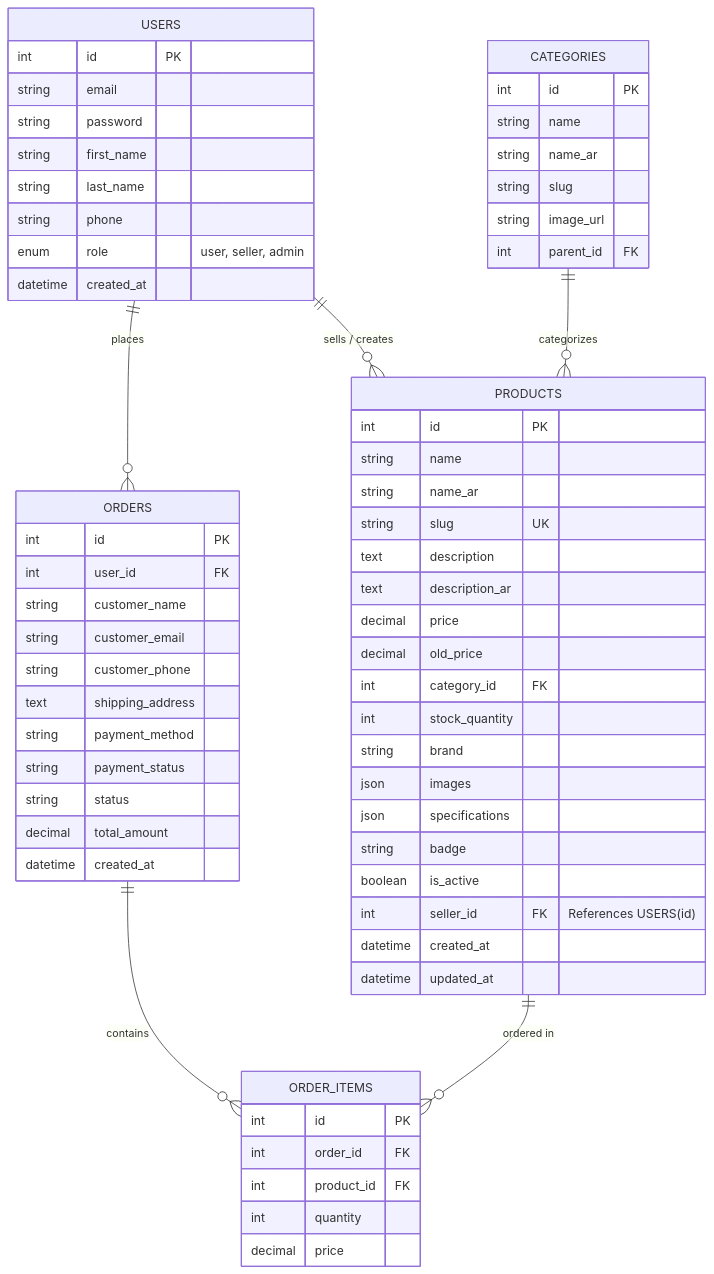
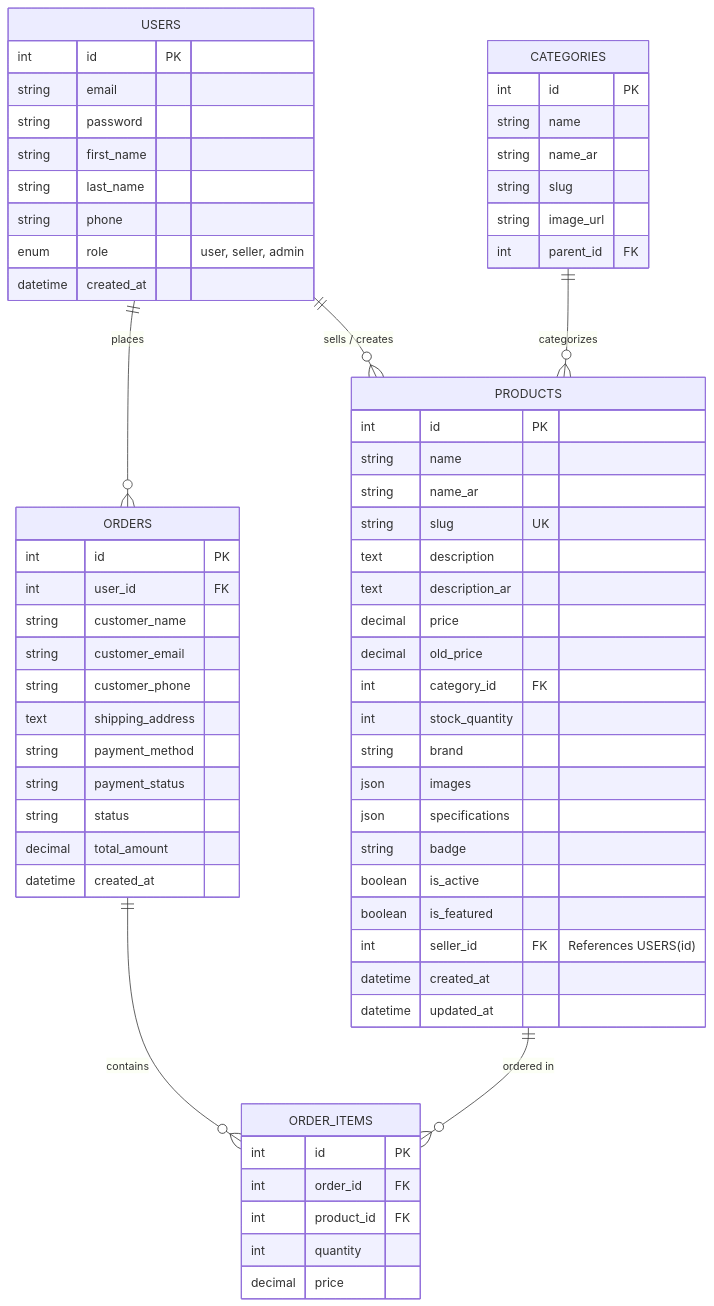
The second of 2 diagrams in MD/ARCHITECTURE.md (y0ussefmahmoud/y0-hardware-market), drawn with Mermaid before and after one commit. The commit also changed other lines of this file and 20 other files, not shown here.

````diff
--- a/MD/ARCHITECTURE.md
+++ b/MD/ARCHITECTURE.md
@@ -110,71 +110,72 @@
 ```mermaid
 erDiagram
     USERS ||--o{ PRODUCTS : "sells / creates"
     USERS ||--o{ ORDERS : "places"
     CATEGORIES ||--o{ PRODUCTS : "categorizes"
     ORDERS ||--o{ ORDER_ITEMS : "contains"
     PRODUCTS ||--o{ ORDER_ITEMS : "ordered in"
 
     USERS {
         int id PK
         string email
         string password
         string first_name
         string last_name
         string phone
         enum role "user, seller, admin"
         datetime created_at
     }
 
     CATEGORIES {
         int id PK
         string name
         string name_ar
         string slug
         string image_url
         int parent_id FK
     }
 
     PRODUCTS {
         int id PK
         string name
         string name_ar
         string slug UK
         text description
         text description_ar
         decimal price
         decimal old_price
         int category_id FK
         int stock_quantity
         string brand
         json images
         json specifications
         string badge
         boolean is_active
+        boolean is_featured
         int seller_id FK "References USERS(id)"
         datetime created_at
         datetime updated_at
     }
 
     ORDERS {
         int id PK
         int user_id FK
         string customer_name
         string customer_email
         string customer_phone
         text shipping_address
         string payment_method
         string payment_status
         string status
         decimal total_amount
         datetime created_at
     }
 
     ORDER_ITEMS {
         int id PK
         int order_id FK
         int product_id FK
         int quantity
         decimal price
     }
 ```
````
